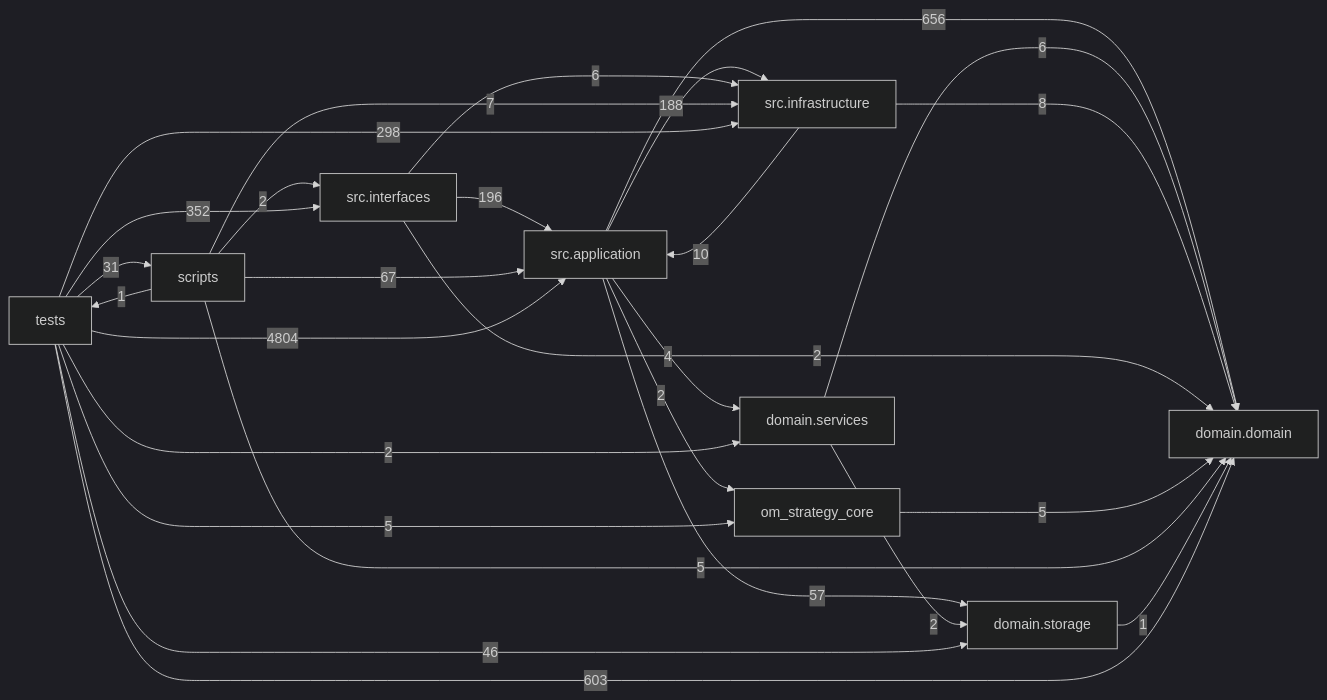
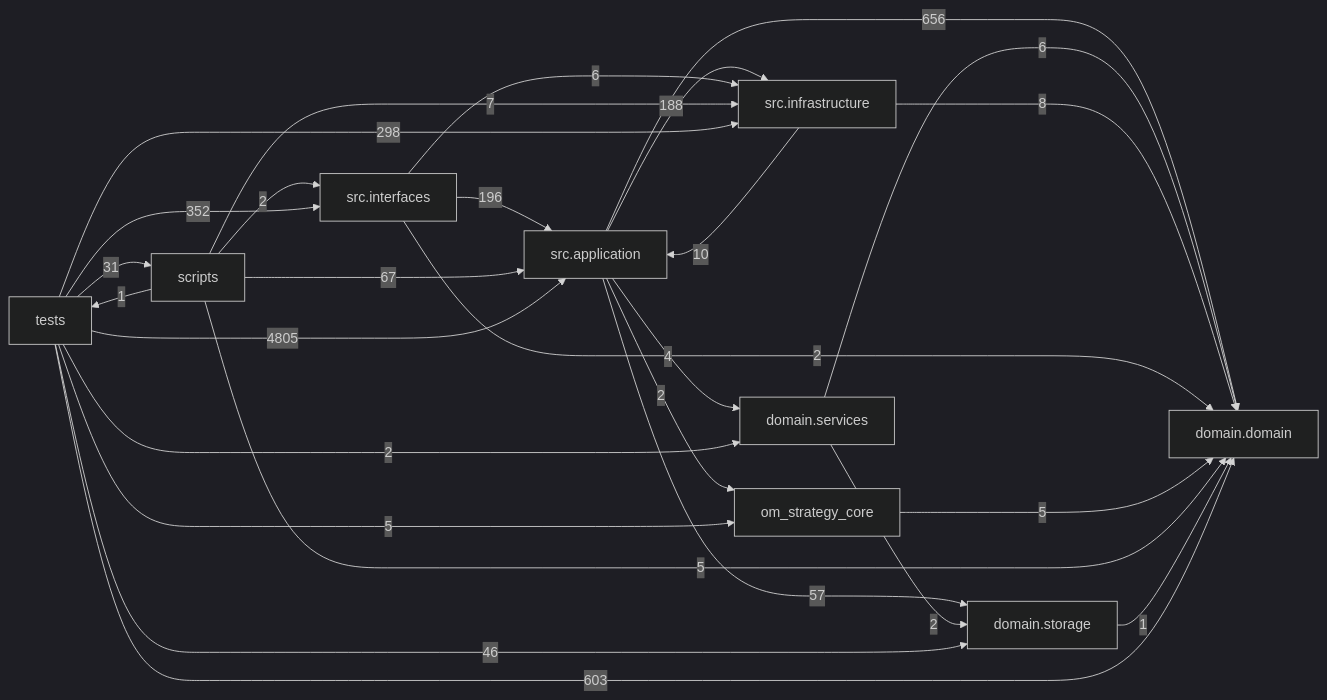
One commit to liuxie066/options-monitor changed the diagram in docs/DEPENDENCY_GRAPH.md. Above: the diagram before and after it, drawn with Mermaid (dark theme). The commit also changed other lines of this file and 1 other file, not shown here.

````diff
--- a/docs/DEPENDENCY_GRAPH.md
+++ b/docs/DEPENDENCY_GRAPH.md
@@ -24,38 +24,38 @@
 ```mermaid
 flowchart LR
   tests["tests"]
   scripts["scripts"]
   interfaces["src.interfaces"]
   application["src.application"]
   infrastructure["src.infrastructure"]
   domain_services["domain.services"]
   domain["domain.domain"]
   storage["domain.storage"]
   application -->|656| domain
   application -->|4| domain_services
   application -->|188| infrastructure
   application -->|2| om_strategy_core
   application -->|57| storage
   domain_services -->|6| domain
   domain_services -->|2| storage
   infrastructure -->|10| application
   infrastructure -->|8| domain
   interfaces -->|196| application
   interfaces -->|2| domain
   interfaces -->|6| infrastructure
   om_strategy_core -->|5| domain
   scripts -->|67| application
   scripts -->|5| domain
   scripts -->|7| infrastructure
   scripts -->|2| interfaces
   scripts -->|1| tests
   storage -->|1| domain
-  tests -->|4804| application
+  tests -->|4805| application
   tests -->|603| domain
   tests -->|2| domain_services
   tests -->|298| infrastructure
   tests -->|352| interfaces
   tests -->|5| om_strategy_core
   tests -->|31| scripts
   tests -->|46| storage
 ```
````
